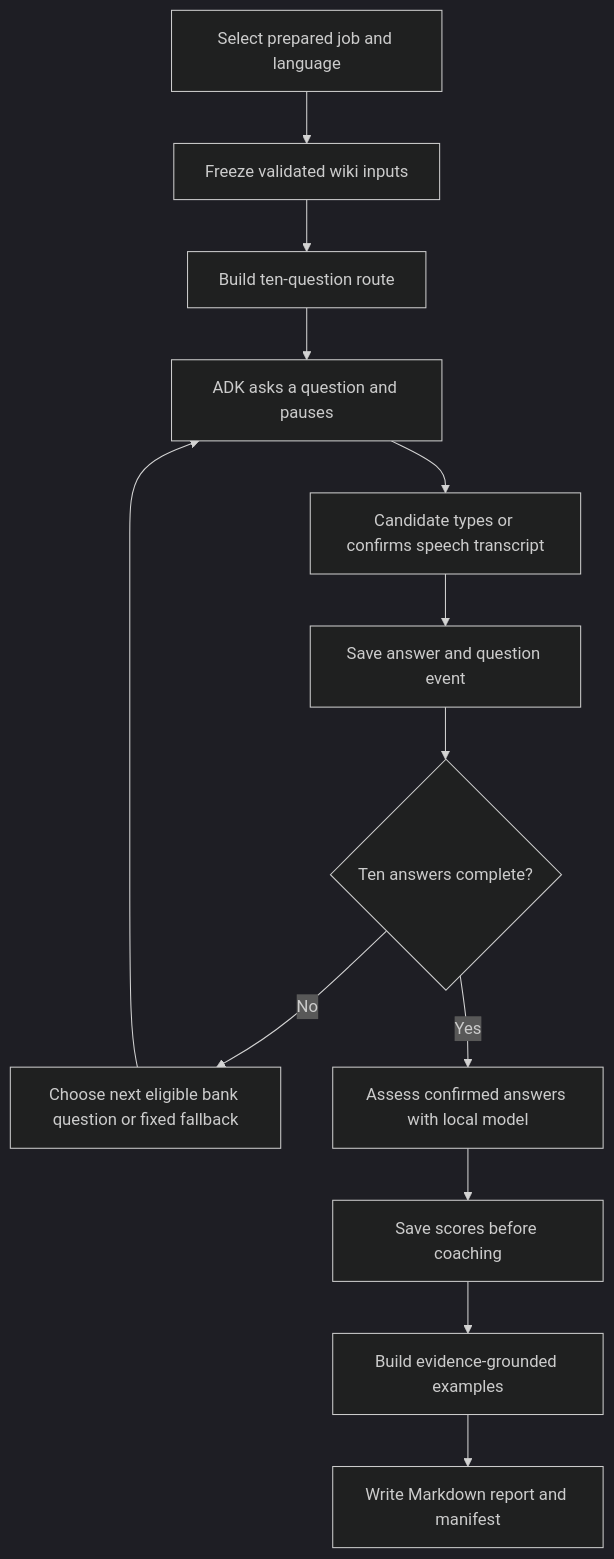
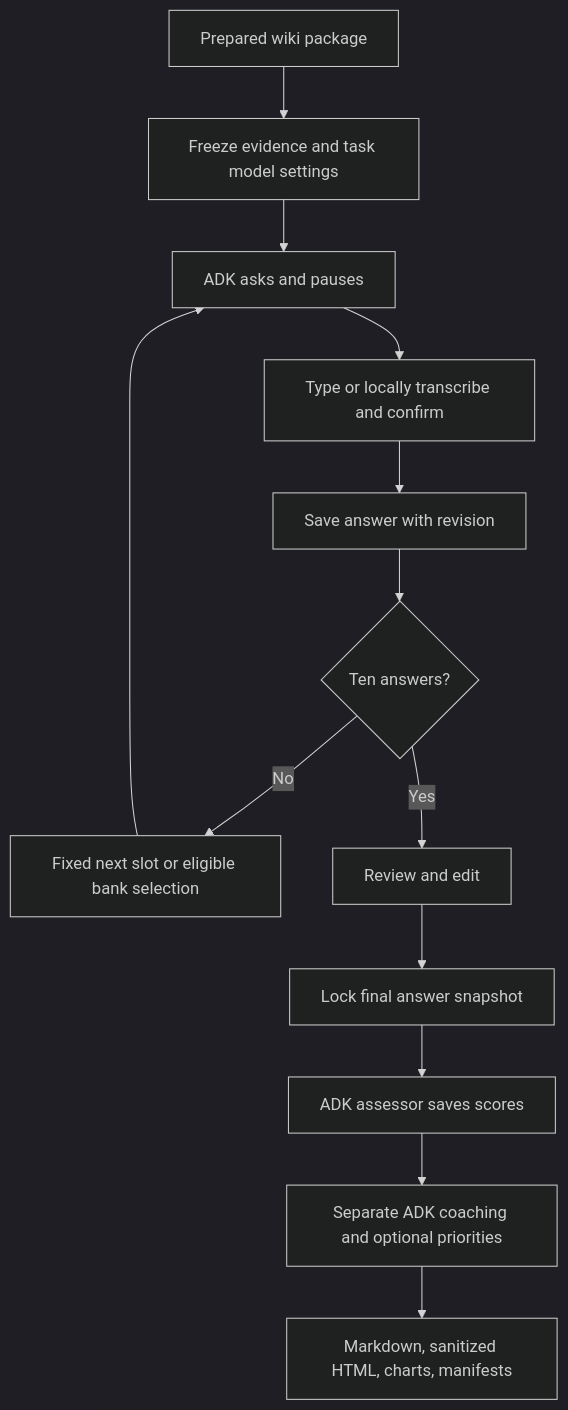
The second of 2 diagrams in README.md (NinjaRoboticsEducation/InterviewSimulator), drawn with Mermaid (dark theme) before and after one commit. The commit also changed other lines of this file and 66 other files, not shown here.

````diff
--- a/README.md
+++ b/README.md
@@ -198,15 +346,15 @@
 ```mermaid
 flowchart TD
-    J[Select prepared job and language] --> S[Freeze validated wiki inputs]
-    S --> Q[Build ten-question route]
-    Q --> A[ADK asks a question and pauses]
-    A --> U[Candidate types or confirms speech transcript]
-    U --> B[Save answer and question event]
-    B --> C{Ten answers complete?}
-    C -->|No| P[Choose next eligible bank question or fixed fallback]
-    P --> A
-    C -->|Yes| E[Assess confirmed answers with local model]
-    E --> R[Save scores before coaching]
-    R --> X[Build evidence-grounded examples]
-    X --> M[Write Markdown report and manifest]
+    A[Prepared wiki package] --> B[Freeze evidence and task model settings]
+    B --> C[ADK asks and pauses]
+    C --> D[Type or locally transcribe and confirm]
+    D --> E[Save answer with revision]
+    E --> F{Ten answers?}
+    F -->|No| G[Fixed next slot or eligible bank selection]
+    G --> C
+    F -->|Yes| H[Review and edit]
+    H --> I[Lock final answer snapshot]
+    I --> J[ADK assessor saves scores]
+    J --> K[Separate ADK coaching and optional priorities]
+    K --> L[Markdown, sanitized HTML, charts, manifests]
 ```
````
